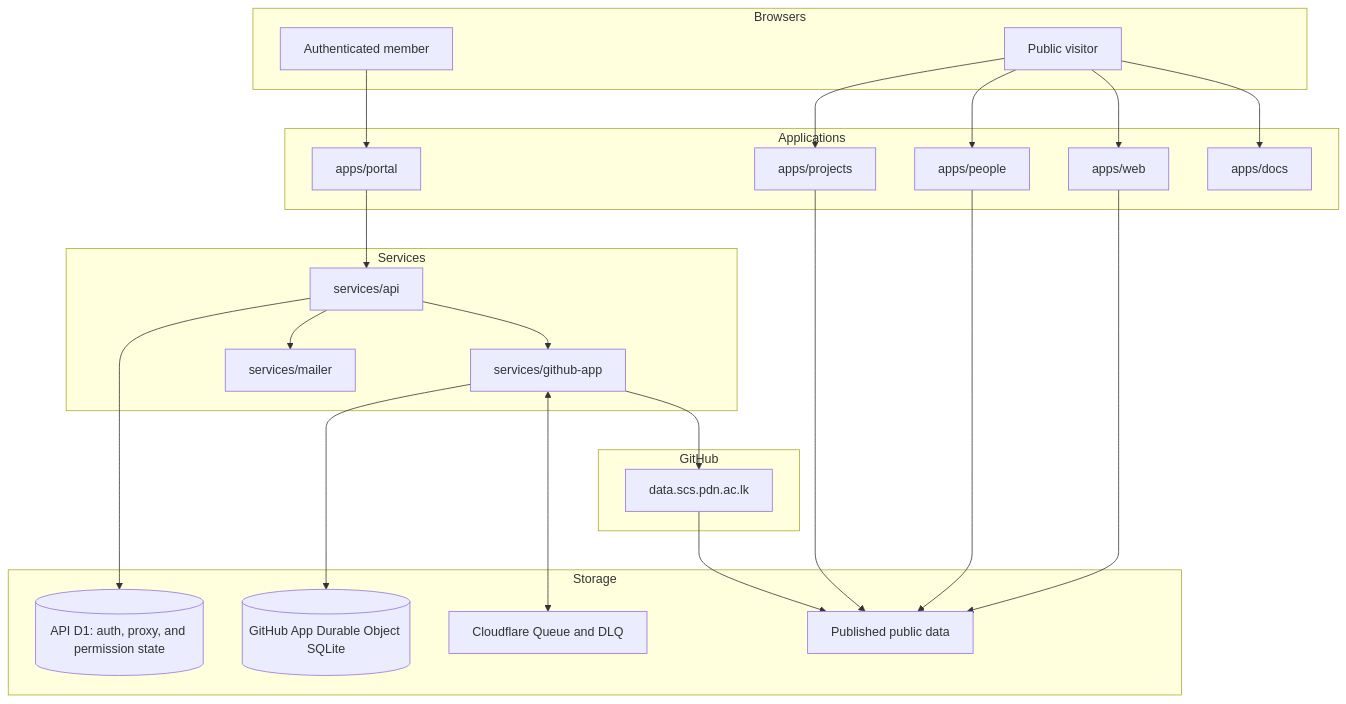
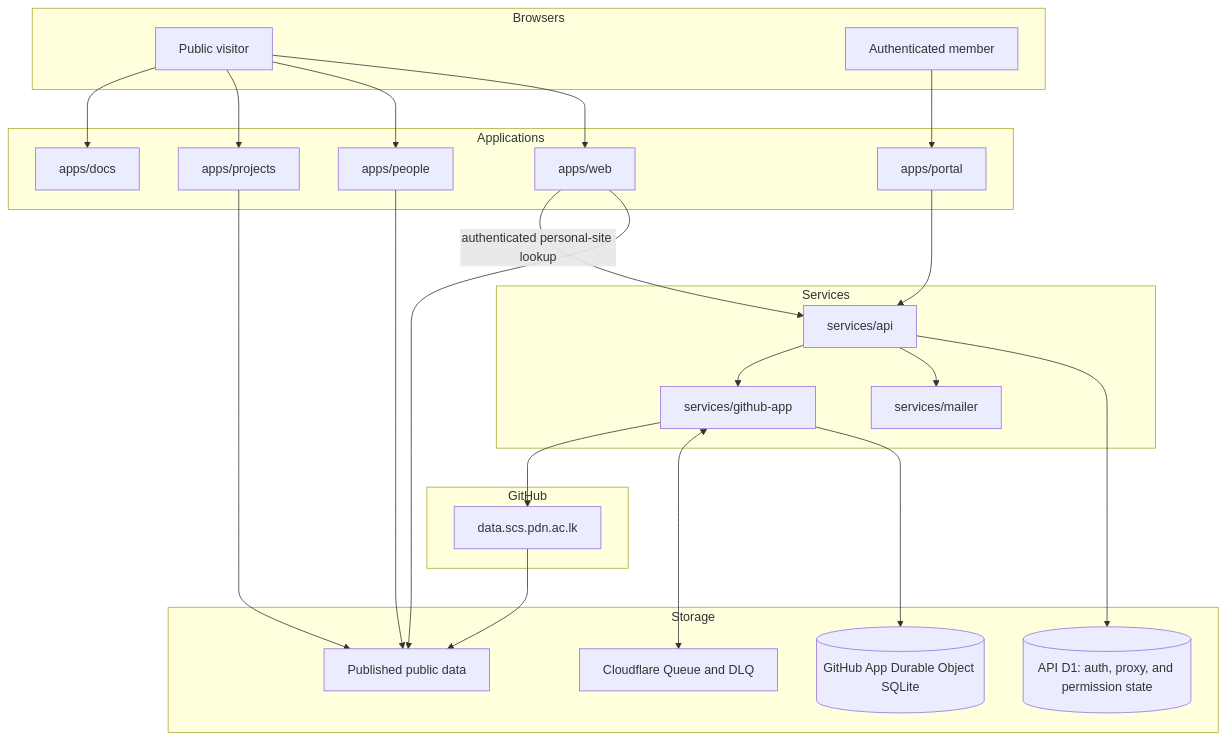
The first of 5 diagrams in docs/ARCHITECTURE.md (shamilaw-sci/CSC3213_20_Group_B), drawn with Mermaid before and after one commit. The commit also changed other lines of this file and 40 other files, not shown here.

Commit message:
feat(web): replace personal site proxy with redirects

````diff
--- a/docs/ARCHITECTURE.md
+++ b/docs/ARCHITECTURE.md
@@ -19,49 +19,50 @@
 ```mermaid
 flowchart TB
   subgraph Browsers
     PublicUser[Public visitor]
     PortalUser[Authenticated member]
   end
 
   subgraph Applications
     Web[apps/web]
     People[apps/people]
     Projects[apps/projects]
     Portal[apps/portal]
     Docs[apps/docs]
   end
 
   subgraph Services
     API[services/api]
     GitHubApp[services/github-app]
     Mailer[services/mailer]
   end
 
   subgraph Storage
     D1[(API D1: auth, proxy, and permission state)]
     DO[(GitHub App Durable Object SQLite)]
     Queue[Cloudflare Queue and DLQ]
     Data[Published public data]
   end
 
   subgraph GitHub
     DataRepo[data.scs.pdn.ac.lk]
   end
 
   PublicUser --> Web
   PublicUser --> People
   PublicUser --> Projects
   PublicUser --> Docs
   PortalUser --> Portal
   Web --> Data
   People --> Data
   Projects --> Data
   Portal --> API
+  Web -->|authenticated personal-site lookup| API
   API --> D1
   API --> Mailer
   API --> GitHubApp
   GitHubApp --> DO
   GitHubApp <--> Queue
   GitHubApp --> DataRepo
   DataRepo --> Data
 ```
````
